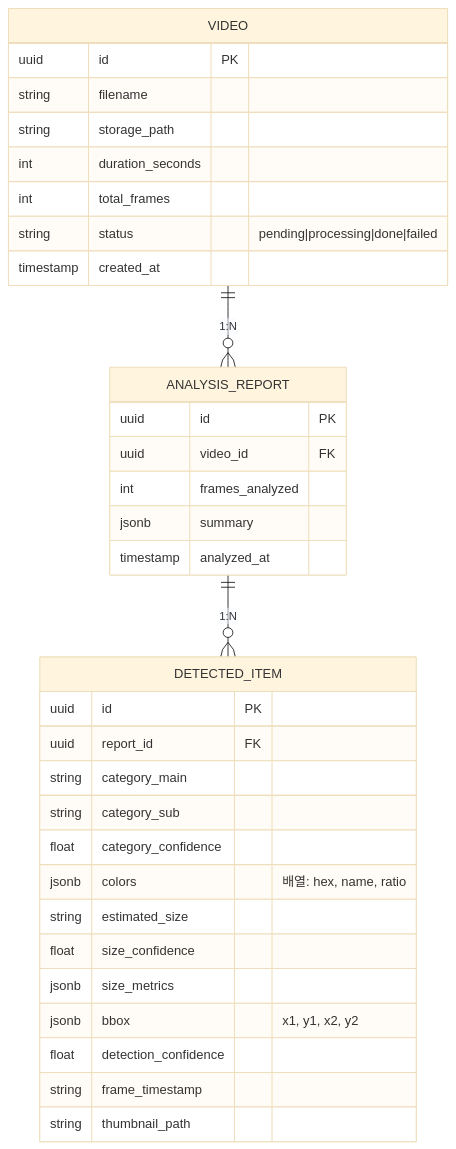
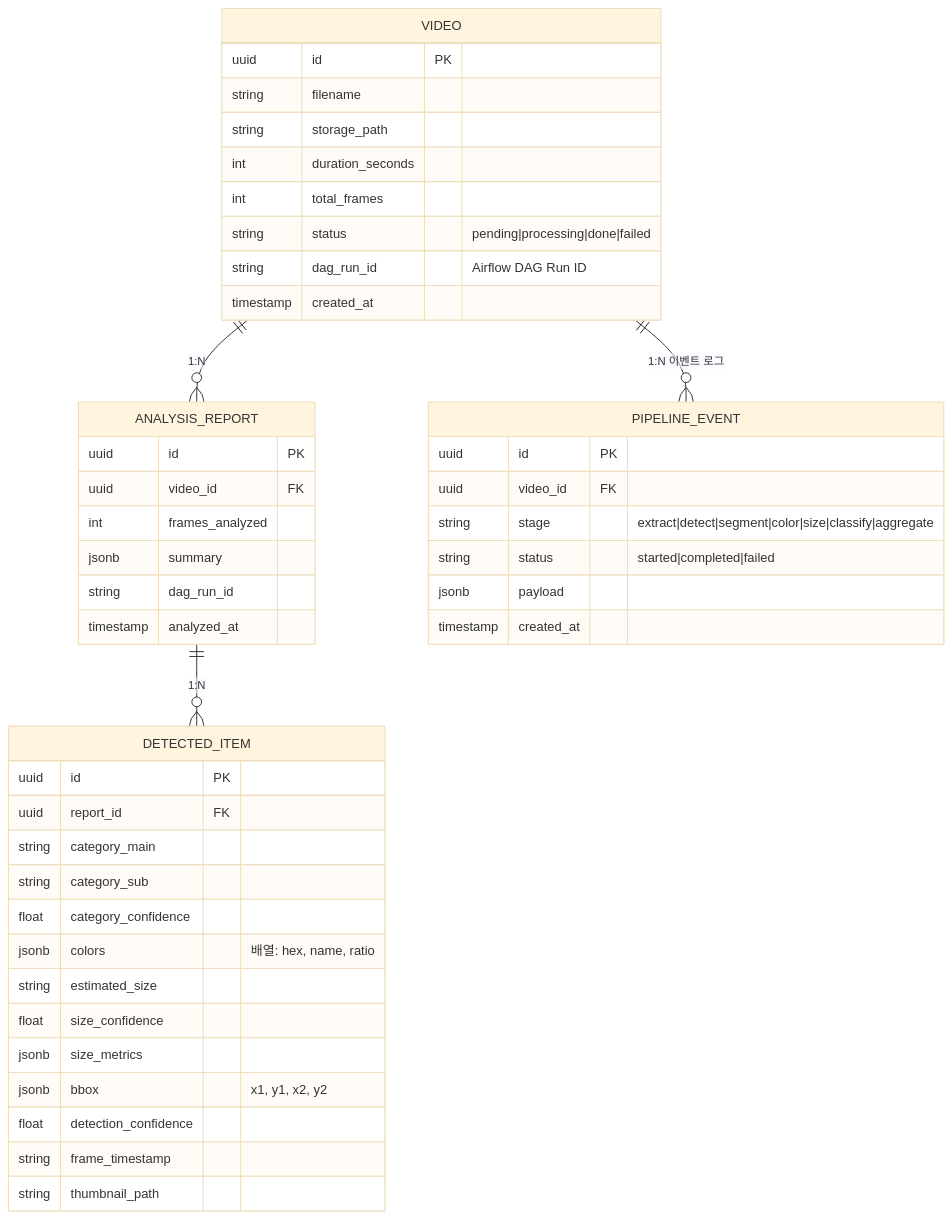
The seventh of 8 diagrams in README.md (OngGuny/fit_scan), drawn with Mermaid (base theme) before and after one commit. The commit also changed other lines of this file, not shown here.

First line of the commit message:
Revise README for architecture and project details

````diff
--- a/README.md
+++ b/README.md
@@ -337,39 +481,51 @@
 ```mermaid
 erDiagram
     VIDEO {
         uuid id PK
         string filename
         string storage_path
         int duration_seconds
         int total_frames
         string status "pending|processing|done|failed"
+        string dag_run_id "Airflow DAG Run ID"
         timestamp created_at
     }
 
     ANALYSIS_REPORT {
         uuid id PK
         uuid video_id FK
         int frames_analyzed
         jsonb summary
+        string dag_run_id
         timestamp analyzed_at
     }
 
     DETECTED_ITEM {
         uuid id PK
         uuid report_id FK
         string category_main
         string category_sub
         float category_confidence
         jsonb colors "배열: hex, name, ratio"
         string estimated_size
         float size_confidence
         jsonb size_metrics
         jsonb bbox "x1, y1, x2, y2"
         float detection_confidence
         string frame_timestamp
         string thumbnail_path
     }
 
+    PIPELINE_EVENT {
+        uuid id PK
+        uuid video_id FK
+        string stage "extract|detect|segment|color|size|classify|aggregate"
+        string status "started|completed|failed"
+        jsonb payload
+        timestamp created_at
+    }
+
     VIDEO ||--o{ ANALYSIS_REPORT : "1:N"
     ANALYSIS_REPORT ||--o{ DETECTED_ITEM : "1:N"
+    VIDEO ||--o{ PIPELINE_EVENT : "1:N 이벤트 로그"
 ```
````
